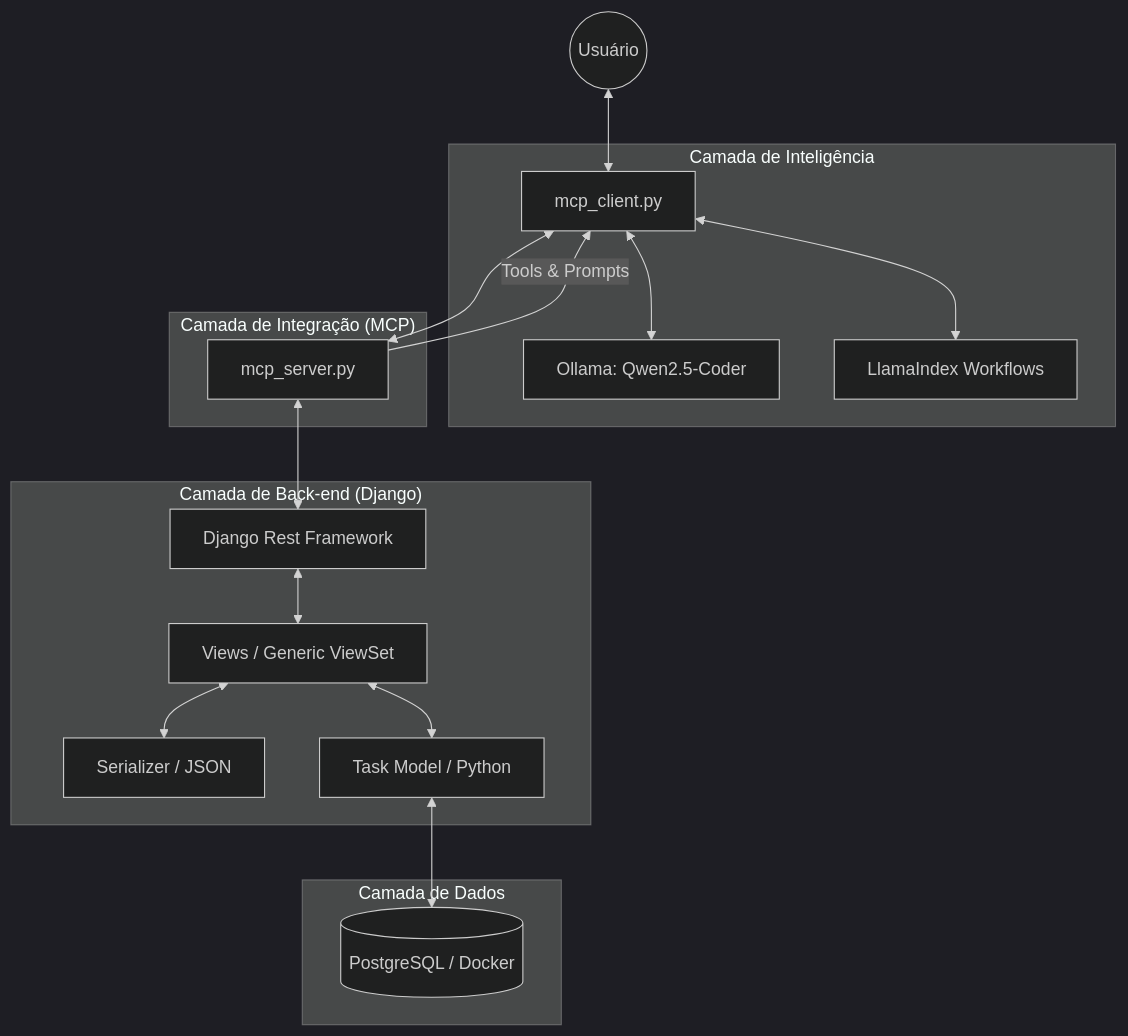
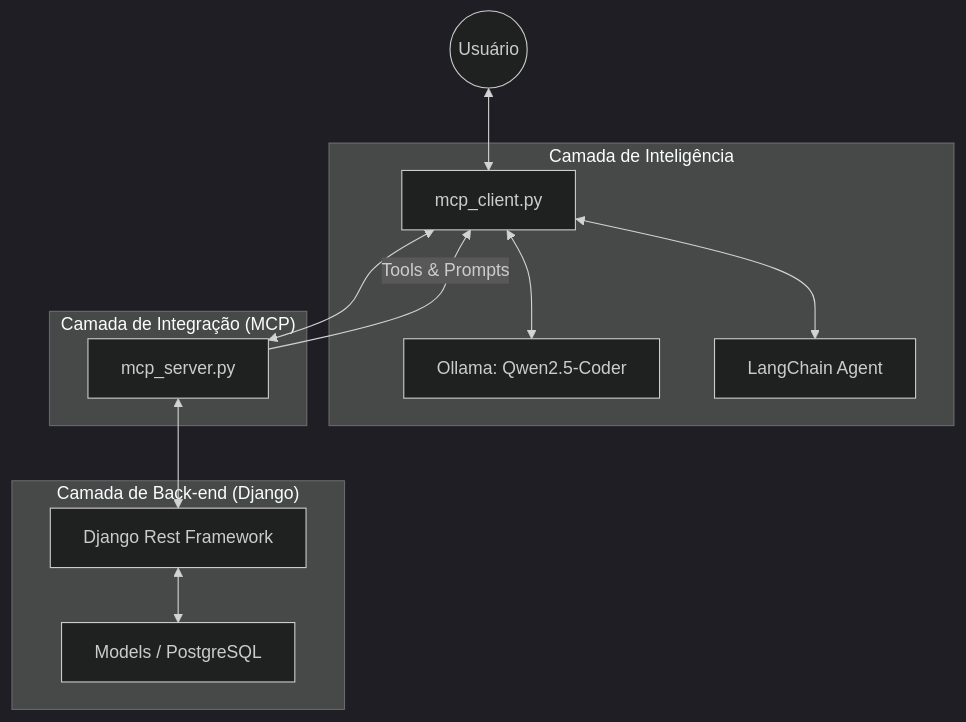
Before and after one commit to gilsonrusso/mcp-django-drf-mongodb: the diagram in APRENDIZADO.md, drawn with Mermaid (dark theme). The commit also changed other lines of this file and 12 other files, not shown here.

Commit message:
Refactor client to use FastMCP and LangChain, introduce MCP registry, and update related server, model, and documentation files.

````diff
--- a/APRENDIZADO.md
+++ b/APRENDIZADO.md
@@ -7,25 +7,19 @@
 ```mermaid
 graph TD
     User((Usuário)) <--> Client[mcp_client.py]
 
     subgraph "Camada de Inteligência"
         Client <--> LLM[Ollama: Qwen2.5-Coder]
-        Client <--> LlamaIndex[LlamaIndex Workflows]
+        Client <--> LangChain[LangChain Agent]
     end
 
     subgraph "Camada de Integração (MCP)"
         Client <--> Server[mcp_server.py]
         Server -- "Tools & Prompts" --> Client
     end
 
     subgraph "Camada de Back-end (Django)"
         Server <--> API[Django Rest Framework]
-        API <--> Views[Views / Generic ViewSet]
-        Views <--> Serializer[Serializer / JSON]
-        Views <--> Model[Task Model / Python]
-    end
-
-    subgraph "Camada de Dados"
-        Model <--> DB[(PostgreSQL / Docker)]
+        API <--> Models[Models / PostgreSQL]
     end
 ```
````
